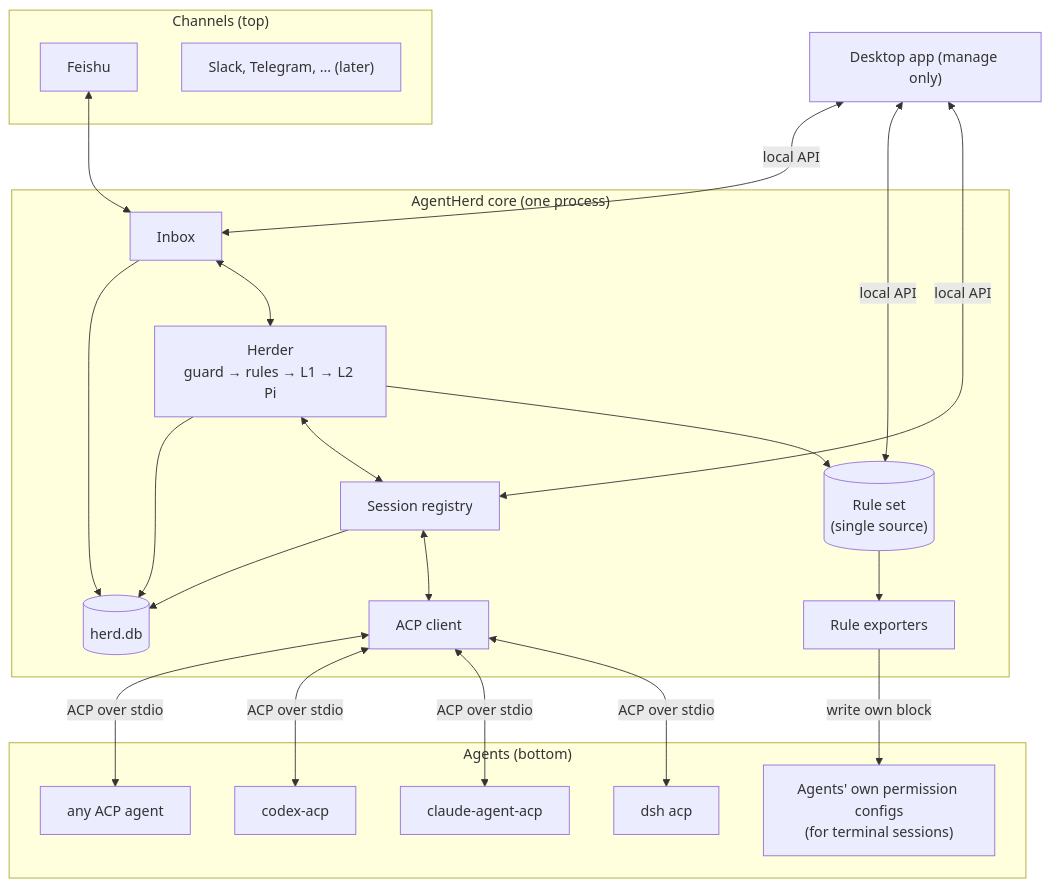
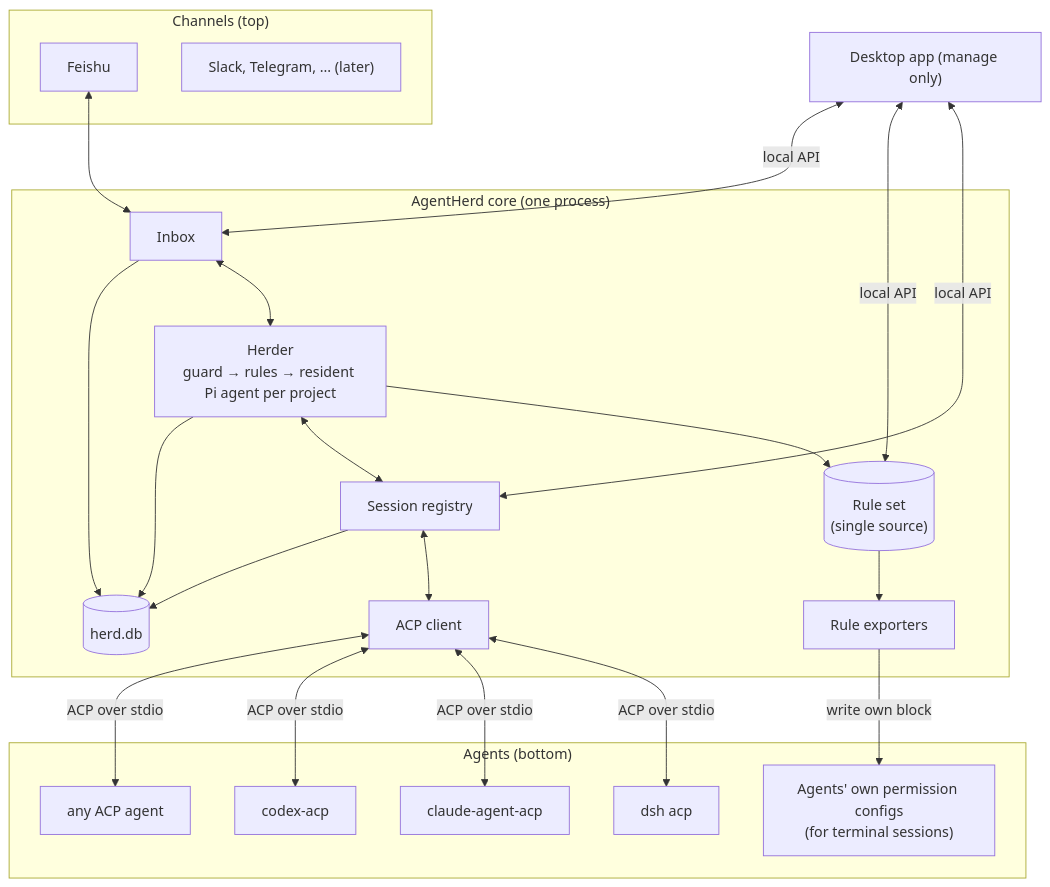
Before and after one commit to Dopetaiga/AgentHerd: the diagram in docs/spec/02-architecture.md, drawn with Mermaid. The commit also changed other lines of this file and 20 other files, not shown here.

First line of the commit message:
docs: resident Herder per project and freeze baseline 0.1.0

````diff
--- a/docs/spec/02-architecture.md
+++ b/docs/spec/02-architecture.md
@@ -9,32 +9,32 @@
 ```mermaid
 flowchart TB
   subgraph Top["Channels (top)"]
     FS["Feishu"]
     MORE["Slack, Telegram, ... (later)"]
   end
   subgraph Core["AgentHerd core (one process)"]
     INB["Inbox"]
-    HD["Herder<br/>guard → rules → L1 → L2 Pi"]
+    HD["Herder<br/>guard → rules → resident Pi agent per project"]
     RULES[("Rule set<br/>(single source)")]
     REG["Session registry"]
     ACPC["ACP client"]
     EXP["Rule exporters"]
     DB[("herd.db")]
   end
   subgraph Bottom["Agents (bottom)"]
     A1["dsh acp"]
     A2["claude-agent-acp"]
     A3["codex-acp"]
     A4["any ACP agent"]
     CFG["Agents' own permission configs<br/>(for terminal sessions)"]
   end
   UI["Desktop app (manage only)"]
   FS <--> INB
   INB <--> HD
   HD --> RULES
   HD <--> REG <--> ACPC
   ACPC <-- "ACP over stdio" --> A1 & A2 & A3 & A4
   RULES --> EXP -- "write own block" --> CFG
   UI <-- "local API" --> REG & RULES & INB
   REG & HD & INB --> DB
 ```
````
